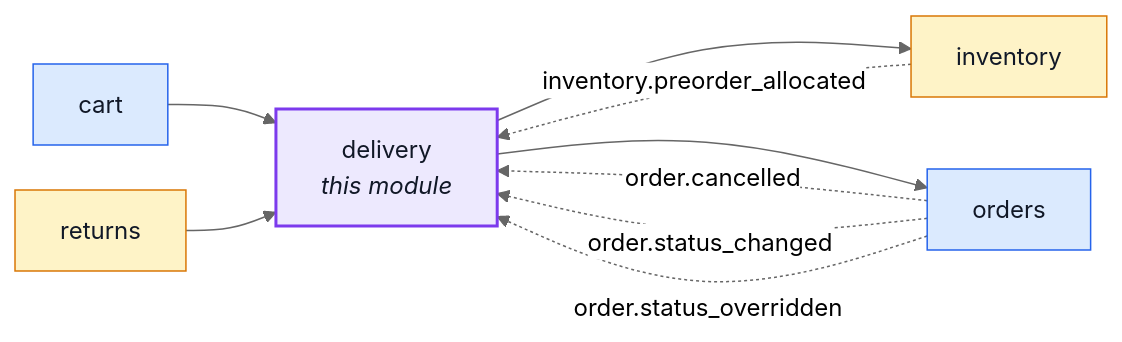
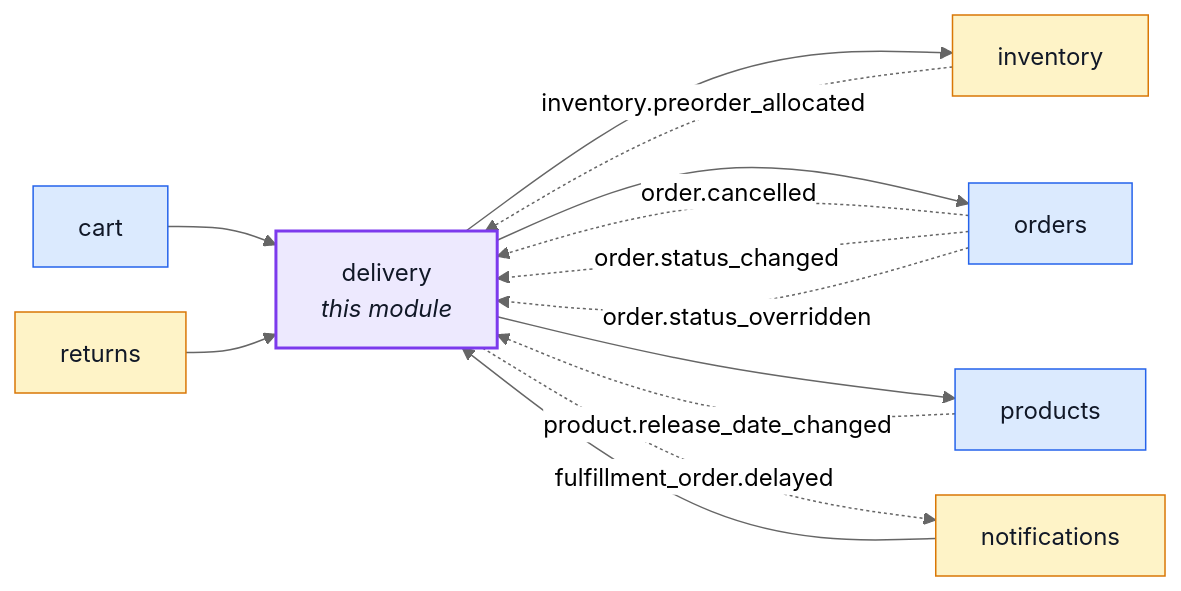
The first of 6 diagrams in docs/modules/delivery.md (Guebbit/boilerplate-node-backend), drawn with Mermaid (neutral theme) before and after one commit. The commit also changed other lines of this file and 61 other files, not shown here.

First line of the commit message:
feat(delivery): tell a preorder's buyer when its date slips, and ask when it slips too far

````diff
--- a/docs/modules/delivery.md
+++ b/docs/modules/delivery.md
@@ -16,26 +16,32 @@
 ```mermaid
 %%{init: {'flowchart': {'nodeSpacing': 30, 'rankSpacing': 60}}}%%
 flowchart LR
     delivery["delivery<br/><i>this module</i>"]
     cart["cart"]
     inventory["inventory"]
+    notifications["notifications"]
     orders["orders"]
+    products["products"]
     returns["returns"]
 
     cart --> delivery
+    notifications --> delivery
     returns --> delivery
     delivery --> inventory
     delivery --> orders
+    delivery --> products
     inventory -. "inventory.preorder_allocated" .-> delivery
     orders -. "order.cancelled" .-> delivery
     orders -. "order.status_changed" .-> delivery
     orders -. "order.status_overridden" .-> delivery
+    products -. "product.release_date_changed" .-> delivery
+    delivery -. "fulfillment_order.delayed" .-> notifications
 
     classDef core fill:#dbeafe,stroke:#2563eb,color:#111827;
     classDef supporting fill:#fef3c7,stroke:#d97706,color:#111827;
     classDef generic fill:#dcfce7,stroke:#16a34a,color:#111827;
     classDef centre fill:#ede9fe,stroke:#7c3aed,stroke-width:2px,color:#111827;
-    class cart,orders core;
-    class inventory,returns supporting;
+    class cart,orders,products core;
+    class inventory,notifications,returns supporting;
     class delivery centre;
 ```
````
